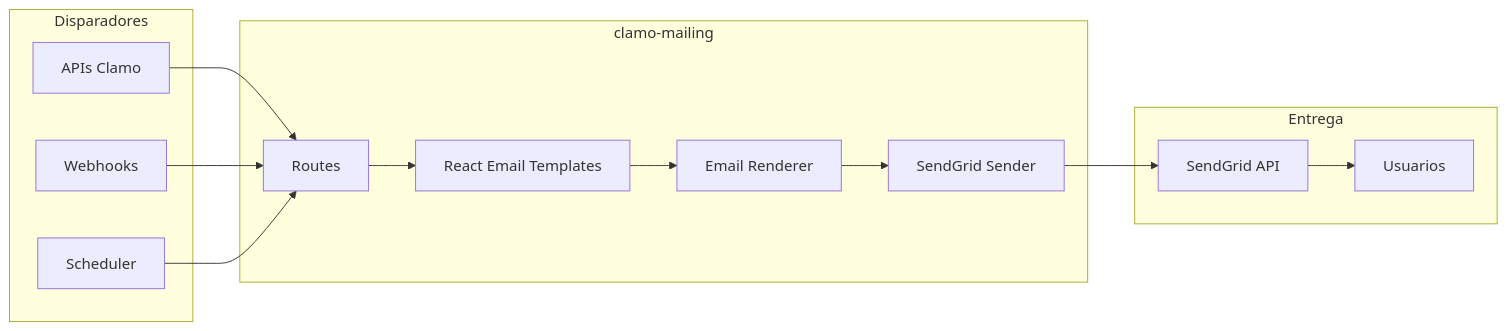
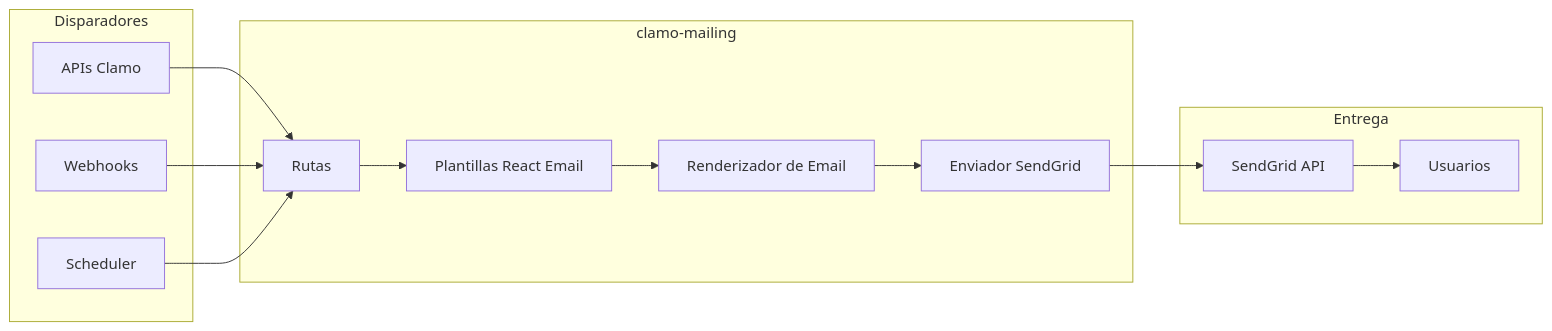
The diagram in es/servicios/clamo-mailing.mdx (GetClamo/docs), drawn with Mermaid before and after one commit. The commit also changed other lines of this file and 28 other files, not shown here.

````diff
--- a/es/servicios/clamo-mailing.mdx
+++ b/es/servicios/clamo-mailing.mdx
@@ -23,29 +23,29 @@
 ```mermaid
 flowchart LR
     subgraph Triggers [Disparadores]
         API[APIs Clamo]
         Webhooks[Webhooks]
         Scheduler[Scheduler]
     end
     
     subgraph Mailing [clamo-mailing]
-        Routes[Routes]
-        Templates[React Email Templates]
-        Renderer[Email Renderer]
-        Sender[SendGrid Sender]
+        Routes[Rutas]
+        Templates[Plantillas React Email]
+        Renderer[Renderizador de Email]
+        Sender[Enviador SendGrid]
     end
     
     subgraph Delivery [Entrega]
         SendGrid[SendGrid API]
         Users[Usuarios]
     end
     
     API --> Routes
     Webhooks --> Routes
     Scheduler --> Routes
     Routes --> Templates
     Templates --> Renderer
     Renderer --> Sender
     Sender --> SendGrid
     SendGrid --> Users
 ```
````
